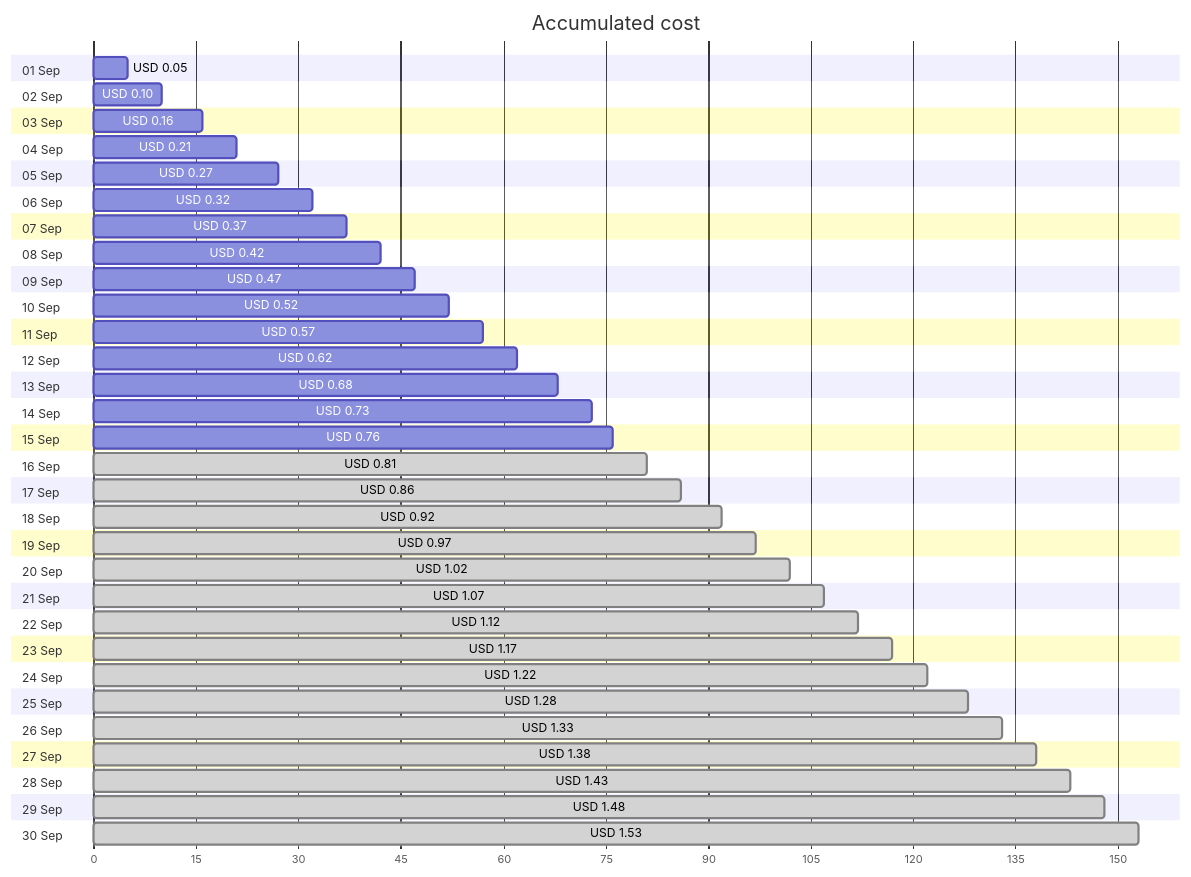
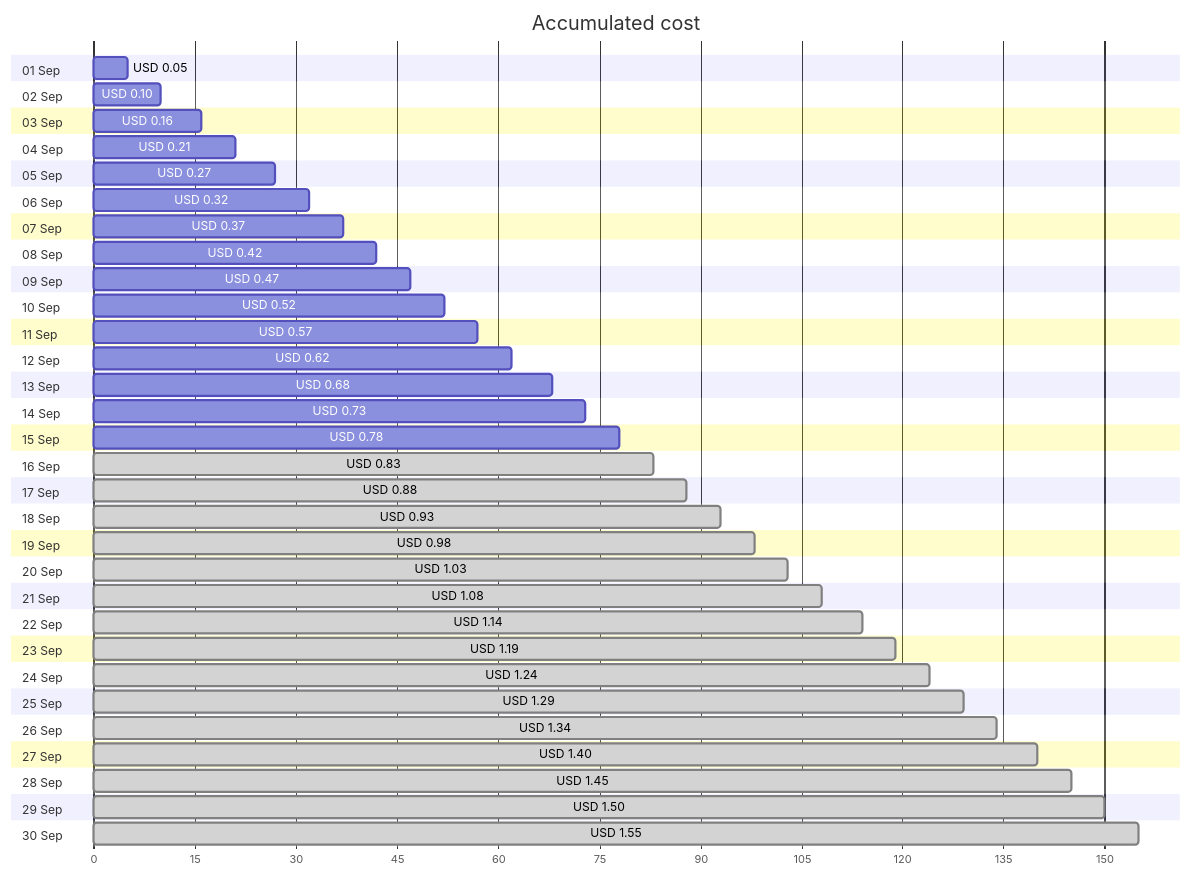
The first of 4 diagrams in cost-reports/personal-network/win-dev_OsDisk.md (jpfulton/azure-personal-reports), drawn with Mermaid before and after one commit. The commit also changed other lines of this file and 17 other files, not shown here.

````diff
--- a/cost-reports/personal-network/win-dev_OsDisk.md
+++ b/cost-reports/personal-network/win-dev_OsDisk.md
@@ -20,66 +20,66 @@
 ```mermaid
 gantt
    title Accumulated cost
    dateFormat  X
    axisFormat %s
    section 01 Sep
    USD 0.05 :0, 5
    section 02 Sep
    USD 0.10 :0, 10
    section 03 Sep
    USD 0.16 :0, 16
    section 04 Sep
    USD 0.21 :0, 21
    section 05 Sep
    USD 0.27 :0, 27
    section 06 Sep
    USD 0.32 :0, 32
    section 07 Sep
    USD 0.37 :0, 37
    section 08 Sep
    USD 0.42 :0, 42
    section 09 Sep
    USD 0.47 :0, 47
    section 10 Sep
    USD 0.52 :0, 52
    section 11 Sep
    USD 0.57 :0, 57
    section 12 Sep
    USD 0.62 :0, 62
    section 13 Sep
    USD 0.68 :0, 68
    section 14 Sep
    USD 0.73 :0, 73
    section 15 Sep
-   USD 0.76 :0, 76
+   USD 0.78 :0, 78
    section 16 Sep
-   USD 0.81 : done, 0, 81
+   USD 0.83 : done, 0, 83
    section 17 Sep
-   USD 0.86 : done, 0, 86
+   USD 0.88 : done, 0, 88
    section 18 Sep
-   USD 0.92 : done, 0, 92
+   USD 0.93 : done, 0, 93
    section 19 Sep
-   USD 0.97 : done, 0, 97
+   USD 0.98 : done, 0, 98
    section 20 Sep
-   USD 1.02 : done, 0, 102
+   USD 1.03 : done, 0, 103
    section 21 Sep
-   USD 1.07 : done, 0, 107
+   USD 1.08 : done, 0, 108
    section 22 Sep
-   USD 1.12 : done, 0, 112
+   USD 1.14 : done, 0, 114
    section 23 Sep
-   USD 1.17 : done, 0, 117
+   USD 1.19 : done, 0, 119
    section 24 Sep
-   USD 1.22 : done, 0, 122
+   USD 1.24 : done, 0, 124
    section 25 Sep
-   USD 1.28 : done, 0, 128
+   USD 1.29 : done, 0, 129
    section 26 Sep
-   USD 1.33 : done, 0, 133
+   USD 1.34 : done, 0, 134
    section 27 Sep
-   USD 1.38 : done, 0, 138
+   USD 1.40 : done, 0, 140
    section 28 Sep
-   USD 1.43 : done, 0, 143
+   USD 1.45 : done, 0, 145
    section 29 Sep
-   USD 1.48 : done, 0, 148
+   USD 1.50 : done, 0, 150
    section 30 Sep
-   USD 1.53 : done, 0, 153
+   USD 1.55 : done, 0, 155
 ```
````
